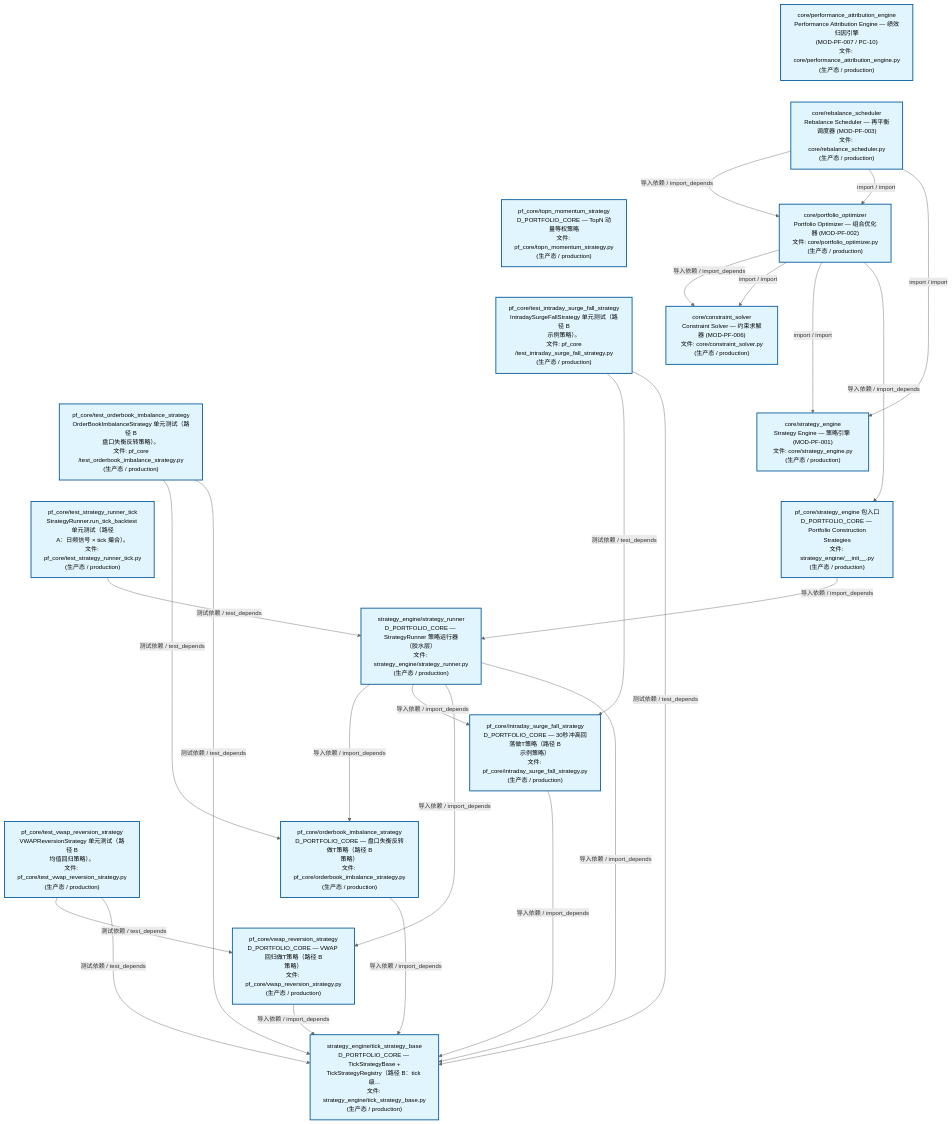
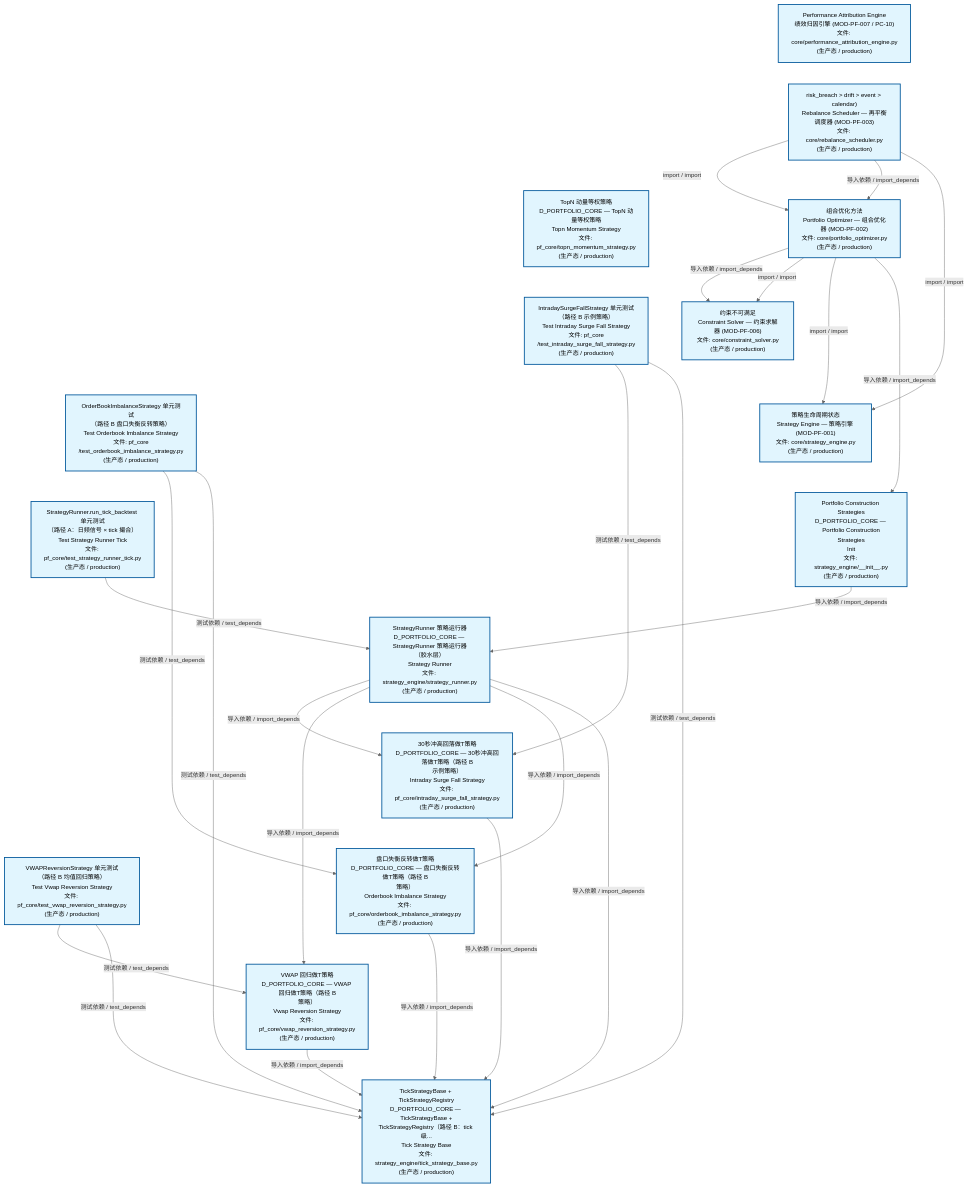
The second of 3 diagrams in docs/02_enterprise_architecture/02_domain_architecture_docs/63_d_pf_core.md (xuanFelixVan/ZephyrAlpha), drawn with Mermaid before and after one commit. The commit also changed other lines of this file and 58 other files, not shown here.

````diff
--- a/docs/02_enterprise_architecture/02_domain_architecture_docs/63_d_pf_core.md
+++ b/docs/02_enterprise_architecture/02_domain_architecture_docs/63_d_pf_core.md
@@ -140,57 +140,57 @@
 ```mermaid
 %%{init: {'theme': 'base', 'themeVariables': {'primaryColor': '#eaeaea', 'primaryTextColor': '#333333', 'primaryBorderColor': '#666666', 'lineColor': '#666666', 'secondaryColor': '#eaeaea', 'tertiaryColor': '#eaeaea', 'fontSize': '14px'}}}%%
 flowchart TD
-    src_zephyr_pf_core_core_performance_attribution_engine_py["core/performance_attribution_engine<br/>Performance Attribution Engine — 绩效归因引擎<br/>(MOD-PF-007 / PC-10)<br/>文件: core/performance_attribution_engine.py<br/>(生产态 / production)"]
-    src_zephyr_pf_core_core_rebalance_scheduler_py["core/rebalance_scheduler<br/>Rebalance Scheduler — 再平衡调度器 (MOD-PF-003)<br/>文件: core/rebalance_scheduler.py<br/>(生产态 / production)"]
-    src_zephyr_pf_core_topn_momentum_strategy_py["pf_core/topn_momentum_strategy<br/>D_PORTFOLIO_CORE — TopN 动量等权策略<br/>文件: pf_core/topn_momentum_strategy.py<br/>(生产态 / production)"]
-    tests_pf_core_test_intraday_surge_fall_strategy_py["pf_core/test_intraday_surge_fall_strategy<br/>IntradaySurgeFallStrategy 单元测试（路径 B<br/>示例策略）。<br/>文件: pf_core<br/>/test_intraday_surge_fall_strategy.py<br/>(生产态 / production)"]
-    tests_pf_core_test_orderbook_imbalance_strategy_py["pf_core/test_orderbook_imbalance_strategy<br/>OrderBookImbalanceStrategy 单元测试（路径 B<br/>盘口失衡反转策略）。<br/>文件: pf_core<br/>/test_orderbook_imbalance_strategy.py<br/>(生产态 / production)"]
-    tests_pf_core_test_strategy_runner_tick_py["pf_core/test_strategy_runner_tick<br/>StrategyRunner.run_tick_backtest 单元测试（路径<br/>A：日频信号 × tick 撮合）。<br/>文件: pf_core/test_strategy_runner_tick.py<br/>(生产态 / production)"]
-    tests_pf_core_test_vwap_reversion_strategy_py["pf_core/test_vwap_reversion_strategy<br/>VWAPReversionStrategy 单元测试（路径 B<br/>均值回归策略）。<br/>文件: pf_core/test_vwap_reversion_strategy.py<br/>(生产态 / production)"]
+    src_zephyr_pf_core_core_performance_attribution_engine_py["Performance Attribution Engine<br/>绩效归因引擎 (MOD-PF-007 / PC-10)<br/>文件: core/performance_attribution_engine.py<br/>(生产态 / production)"]
+    src_zephyr_pf_core_core_rebalance_scheduler_py["risk_breach > drift > event > calendar)<br/>Rebalance Scheduler — 再平衡调度器 (MOD-PF-003)<br/>文件: core/rebalance_scheduler.py<br/>(生产态 / production)"]
+    src_zephyr_pf_core_topn_momentum_strategy_py["TopN 动量等权策略<br/>D_PORTFOLIO_CORE — TopN 动量等权策略<br/>Topn Momentum Strategy<br/>文件: pf_core/topn_momentum_strategy.py<br/>(生产态 / production)"]
+    tests_pf_core_test_intraday_surge_fall_strategy_py["IntradaySurgeFallStrategy 单元测试<br/>（路径 B 示例策略）<br/>Test Intraday Surge Fall Strategy<br/>文件: pf_core<br/>/test_intraday_surge_fall_strategy.py<br/>(生产态 / production)"]
+    tests_pf_core_test_orderbook_imbalance_strategy_py["OrderBookImbalanceStrategy 单元测试<br/>（路径 B 盘口失衡反转策略）<br/>Test Orderbook Imbalance Strategy<br/>文件: pf_core<br/>/test_orderbook_imbalance_strategy.py<br/>(生产态 / production)"]
+    tests_pf_core_test_strategy_runner_tick_py["StrategyRunner.run_tick_backtest 单元测试<br/>（路径 A：日频信号 × tick 撮合）<br/>Test Strategy Runner Tick<br/>文件: pf_core/test_strategy_runner_tick.py<br/>(生产态 / production)"]
+    tests_pf_core_test_vwap_reversion_strategy_py["VWAPReversionStrategy 单元测试<br/>（路径 B 均值回归策略）<br/>Test Vwap Reversion Strategy<br/>文件: pf_core/test_vwap_reversion_strategy.py<br/>(生产态 / production)"]
     src_zephyr_pf_core_core_performance_attribution_engine_py ~~~ src_zephyr_pf_core_core_rebalance_scheduler_py
     src_zephyr_pf_core_core_rebalance_scheduler_py ~~~ src_zephyr_pf_core_topn_momentum_strategy_py
     src_zephyr_pf_core_topn_momentum_strategy_py ~~~ tests_pf_core_test_intraday_surge_fall_strategy_py
     tests_pf_core_test_intraday_surge_fall_strategy_py ~~~ tests_pf_core_test_orderbook_imbalance_strategy_py
     tests_pf_core_test_orderbook_imbalance_strategy_py ~~~ tests_pf_core_test_strategy_runner_tick_py
     tests_pf_core_test_strategy_runner_tick_py ~~~ tests_pf_core_test_vwap_reversion_strategy_py
-    src_zephyr_pf_core_core_portfolio_optimizer_py["core/portfolio_optimizer<br/>Portfolio Optimizer — 组合优化器 (MOD-PF-002)<br/>文件: core/portfolio_optimizer.py<br/>(生产态 / production)"]
-    src_zephyr_pf_core_core_constraint_solver_py["core/constraint_solver<br/>Constraint Solver — 约束求解器 (MOD-PF-006)<br/>文件: core/constraint_solver.py<br/>(生产态 / production)"]
-    src_zephyr_pf_core_core_strategy_engine_py["core/strategy_engine<br/>Strategy Engine — 策略引擎 (MOD-PF-001)<br/>文件: core/strategy_engine.py<br/>(生产态 / production)"]
-    src_zephyr_pf_core_strategy_engine_init_py["pf_core/strategy_engine 包入口<br/>D_PORTFOLIO_CORE — Portfolio Construction<br/>Strategies<br/>文件: strategy_engine/__init__.py<br/>(生产态 / production)"]
+    src_zephyr_pf_core_core_portfolio_optimizer_py["组合优化方法<br/>Portfolio Optimizer — 组合优化器 (MOD-PF-002)<br/>文件: core/portfolio_optimizer.py<br/>(生产态 / production)"]
+    src_zephyr_pf_core_core_constraint_solver_py["约束不可满足<br/>Constraint Solver — 约束求解器 (MOD-PF-006)<br/>文件: core/constraint_solver.py<br/>(生产态 / production)"]
+    src_zephyr_pf_core_core_strategy_engine_py["策略生命周期状态<br/>Strategy Engine — 策略引擎 (MOD-PF-001)<br/>文件: core/strategy_engine.py<br/>(生产态 / production)"]
+    src_zephyr_pf_core_strategy_engine_init_py["Portfolio Construction Strategies<br/>D_PORTFOLIO_CORE — Portfolio Construction<br/>Strategies<br/>Init<br/>文件: strategy_engine/__init__.py<br/>(生产态 / production)"]
     src_zephyr_pf_core_core_constraint_solver_py ~~~ src_zephyr_pf_core_core_strategy_engine_py
     src_zephyr_pf_core_core_strategy_engine_py ~~~ src_zephyr_pf_core_strategy_engine_init_py
-    src_zephyr_pf_core_strategy_engine_strategy_runner_py["strategy_engine/strategy_runner<br/>D_PORTFOLIO_CORE — StrategyRunner 策略运行器<br/>（胶水层）<br/>文件: strategy_engine/strategy_runner.py<br/>(生产态 / production)"]
-    src_zephyr_pf_core_intraday_surge_fall_strategy_py["pf_core/intraday_surge_fall_strategy<br/>D_PORTFOLIO_CORE — 30秒冲高回落做T策略（路径 B<br/>示例策略）<br/>文件: pf_core/intraday_surge_fall_strategy.py<br/>(生产态 / production)"]
-    src_zephyr_pf_core_orderbook_imbalance_strategy_py["pf_core/orderbook_imbalance_strategy<br/>D_PORTFOLIO_CORE — 盘口失衡反转做T策略（路径 B<br/>策略）<br/>文件: pf_core/orderbook_imbalance_strategy.py<br/>(生产态 / production)"]
-    src_zephyr_pf_core_vwap_reversion_strategy_py["pf_core/vwap_reversion_strategy<br/>D_PORTFOLIO_CORE — VWAP 回归做T策略（路径 B<br/>策略）<br/>文件: pf_core/vwap_reversion_strategy.py<br/>(生产态 / production)"]
+    src_zephyr_pf_core_strategy_engine_strategy_runner_py["StrategyRunner 策略运行器<br/>D_PORTFOLIO_CORE — StrategyRunner 策略运行器<br/>（胶水层）<br/>Strategy Runner<br/>文件: strategy_engine/strategy_runner.py<br/>(生产态 / production)"]
+    src_zephyr_pf_core_intraday_surge_fall_strategy_py["30秒冲高回落做T策略<br/>D_PORTFOLIO_CORE — 30秒冲高回落做T策略（路径 B<br/>示例策略）<br/>Intraday Surge Fall Strategy<br/>文件: pf_core/intraday_surge_fall_strategy.py<br/>(生产态 / production)"]
+    src_zephyr_pf_core_orderbook_imbalance_strategy_py["盘口失衡反转做T策略<br/>D_PORTFOLIO_CORE — 盘口失衡反转做T策略（路径 B<br/>策略）<br/>Orderbook Imbalance Strategy<br/>文件: pf_core/orderbook_imbalance_strategy.py<br/>(生产态 / production)"]
+    src_zephyr_pf_core_vwap_reversion_strategy_py["VWAP 回归做T策略<br/>D_PORTFOLIO_CORE — VWAP 回归做T策略（路径 B<br/>策略）<br/>Vwap Reversion Strategy<br/>文件: pf_core/vwap_reversion_strategy.py<br/>(生产态 / production)"]
     src_zephyr_pf_core_intraday_surge_fall_strategy_py ~~~ src_zephyr_pf_core_orderbook_imbalance_strategy_py
     src_zephyr_pf_core_orderbook_imbalance_strategy_py ~~~ src_zephyr_pf_core_vwap_reversion_strategy_py
-    src_zephyr_pf_core_strategy_engine_tick_strategy_base_py["strategy_engine/tick_strategy_base<br/>D_PORTFOLIO_CORE — TickStrategyBase +<br/>TickStrategyRegistry（路径 B：tick 级...<br/>文件: strategy_engine/tick_strategy_base.py<br/>(生产态 / production)"]
+    src_zephyr_pf_core_strategy_engine_tick_strategy_base_py["TickStrategyBase + TickStrategyRegistry<br/>D_PORTFOLIO_CORE — TickStrategyBase +<br/>TickStrategyRegistry（路径 B：tick 级...<br/>Tick Strategy Base<br/>文件: strategy_engine/tick_strategy_base.py<br/>(生产态 / production)"]
+    src_zephyr_pf_core_intraday_surge_fall_strategy_py -->|导入依赖 / import_depends| src_zephyr_pf_core_strategy_engine_tick_strategy_base_py
+    src_zephyr_pf_core_vwap_reversion_strategy_py -->|导入依赖 / import_depends| src_zephyr_pf_core_strategy_engine_tick_strategy_base_py
     src_zephyr_pf_core_orderbook_imbalance_strategy_py -->|导入依赖 / import_depends| src_zephyr_pf_core_strategy_engine_tick_strategy_base_py
-    src_zephyr_pf_core_intraday_surge_fall_strategy_py -->|导入依赖 / import_depends| src_zephyr_pf_core_strategy_engine_tick_strategy_base_py
-    src_zephyr_pf_core_core_rebalance_scheduler_py -->|导入依赖 / import_depends| src_zephyr_pf_core_core_portfolio_optimizer_py
-    src_zephyr_pf_core_core_rebalance_scheduler_py -->|import / import| src_zephyr_pf_core_core_portfolio_optimizer_py
-    src_zephyr_pf_core_core_rebalance_scheduler_py -->|import / import| src_zephyr_pf_core_core_strategy_engine_py
-    src_zephyr_pf_core_vwap_reversion_strategy_py -->|导入依赖 / import_depends| src_zephyr_pf_core_strategy_engine_tick_strategy_base_py
     src_zephyr_pf_core_core_portfolio_optimizer_py -->|导入依赖 / import_depends| src_zephyr_pf_core_core_constraint_solver_py
     src_zephyr_pf_core_core_portfolio_optimizer_py -->|import / import| src_zephyr_pf_core_core_constraint_solver_py
     src_zephyr_pf_core_core_portfolio_optimizer_py -->|import / import| src_zephyr_pf_core_core_strategy_engine_py
     src_zephyr_pf_core_core_portfolio_optimizer_py -->|导入依赖 / import_depends| src_zephyr_pf_core_strategy_engine_init_py
-    src_zephyr_pf_core_strategy_engine_strategy_runner_py -->|导入依赖 / import_depends| src_zephyr_pf_core_orderbook_imbalance_strategy_py
+    src_zephyr_pf_core_core_rebalance_scheduler_py -->|import / import| src_zephyr_pf_core_core_portfolio_optimizer_py
+    src_zephyr_pf_core_core_rebalance_scheduler_py -->|导入依赖 / import_depends| src_zephyr_pf_core_core_portfolio_optimizer_py
+    src_zephyr_pf_core_core_rebalance_scheduler_py -->|import / import| src_zephyr_pf_core_core_strategy_engine_py
+    src_zephyr_pf_core_strategy_engine_init_py -->|导入依赖 / import_depends| src_zephyr_pf_core_strategy_engine_strategy_runner_py
     src_zephyr_pf_core_strategy_engine_strategy_runner_py -->|导入依赖 / import_depends| src_zephyr_pf_core_intraday_surge_fall_strategy_py
     src_zephyr_pf_core_strategy_engine_strategy_runner_py -->|导入依赖 / import_depends| src_zephyr_pf_core_vwap_reversion_strategy_py
+    src_zephyr_pf_core_strategy_engine_strategy_runner_py -->|导入依赖 / import_depends| src_zephyr_pf_core_orderbook_imbalance_strategy_py
     src_zephyr_pf_core_strategy_engine_strategy_runner_py -->|导入依赖 / import_depends| src_zephyr_pf_core_strategy_engine_tick_strategy_base_py
-    src_zephyr_pf_core_strategy_engine_init_py -->|导入依赖 / import_depends| src_zephyr_pf_core_strategy_engine_strategy_runner_py
     tests_pf_core_test_orderbook_imbalance_strategy_py -->|测试依赖 / test_depends| src_zephyr_pf_core_orderbook_imbalance_strategy_py
     tests_pf_core_test_orderbook_imbalance_strategy_py -->|测试依赖 / test_depends| src_zephyr_pf_core_strategy_engine_tick_strategy_base_py
     tests_pf_core_test_intraday_surge_fall_strategy_py -->|测试依赖 / test_depends| src_zephyr_pf_core_intraday_surge_fall_strategy_py
     tests_pf_core_test_intraday_surge_fall_strategy_py -->|测试依赖 / test_depends| src_zephyr_pf_core_strategy_engine_tick_strategy_base_py
     tests_pf_core_test_vwap_reversion_strategy_py -->|测试依赖 / test_depends| src_zephyr_pf_core_vwap_reversion_strategy_py
     tests_pf_core_test_vwap_reversion_strategy_py -->|测试依赖 / test_depends| src_zephyr_pf_core_strategy_engine_tick_strategy_base_py
     tests_pf_core_test_strategy_runner_tick_py -->|测试依赖 / test_depends| src_zephyr_pf_core_strategy_engine_strategy_runner_py
     classDef production fill:#e1f5fe,stroke:#01579b,stroke-width:2px,color:#000
     classDef design fill:#fff3e0,stroke:#e65100,stroke-width:2px,color:#000,stroke-dasharray: 5 5
     classDef external_prod fill:#e8f4fd,stroke:#0277bd,stroke-width:1px,color:#000
     classDef external_design fill:#fff8e7,stroke:#ef6c00,stroke-width:1px,color:#000,stroke-dasharray: 5 5
     class src_zephyr_pf_core_core_constraint_solver_py,src_zephyr_pf_core_core_performance_attribution_engine_py,src_zephyr_pf_core_core_portfolio_optimizer_py,src_zephyr_pf_core_core_rebalance_scheduler_py,src_zephyr_pf_core_core_strategy_engine_py,src_zephyr_pf_core_intraday_surge_fall_strategy_py,src_zephyr_pf_core_orderbook_imbalance_strategy_py,src_zephyr_pf_core_strategy_engine_init_py,src_zephyr_pf_core_strategy_engine_strategy_runner_py,src_zephyr_pf_core_strategy_engine_tick_strategy_base_py,src_zephyr_pf_core_topn_momentum_strategy_py,src_zephyr_pf_core_vwap_reversion_strategy_py,tests_pf_core_test_intraday_surge_fall_strategy_py,tests_pf_core_test_orderbook_imbalance_strategy_py,tests_pf_core_test_strategy_runner_tick_py,tests_pf_core_test_vwap_reversion_strategy_py production
 ```
````
